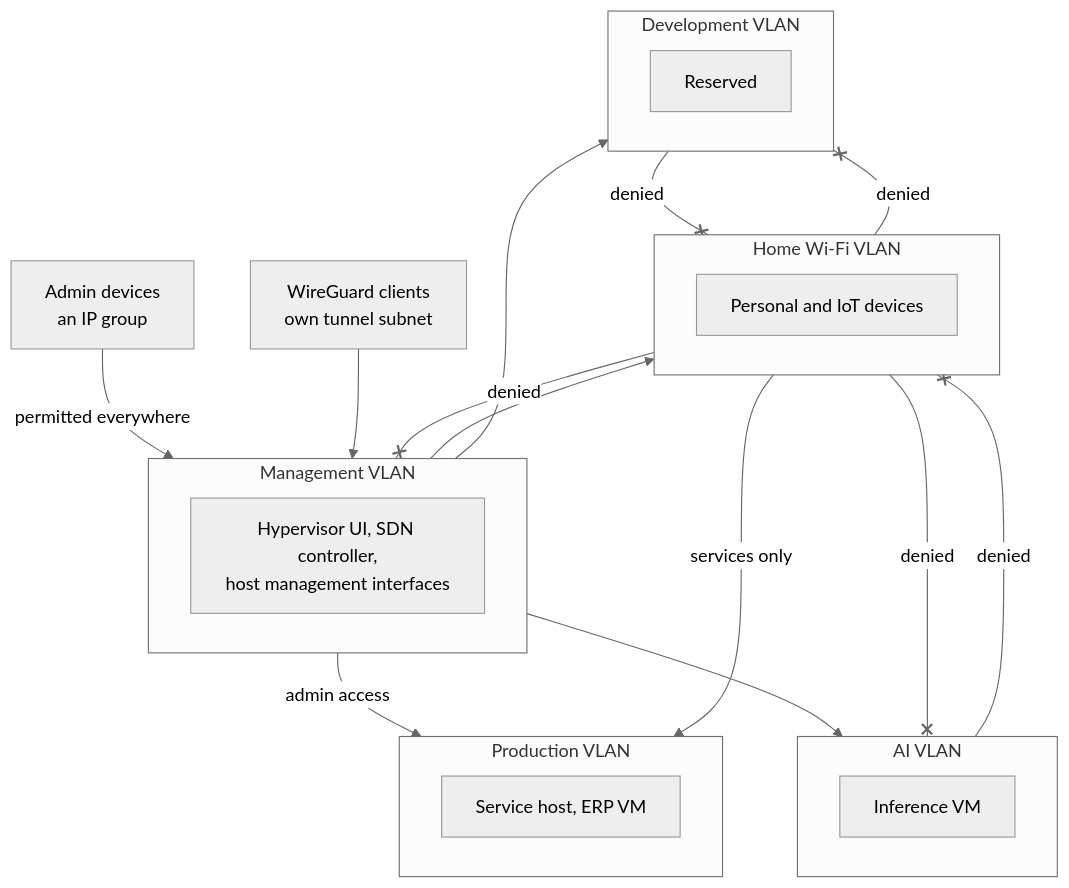
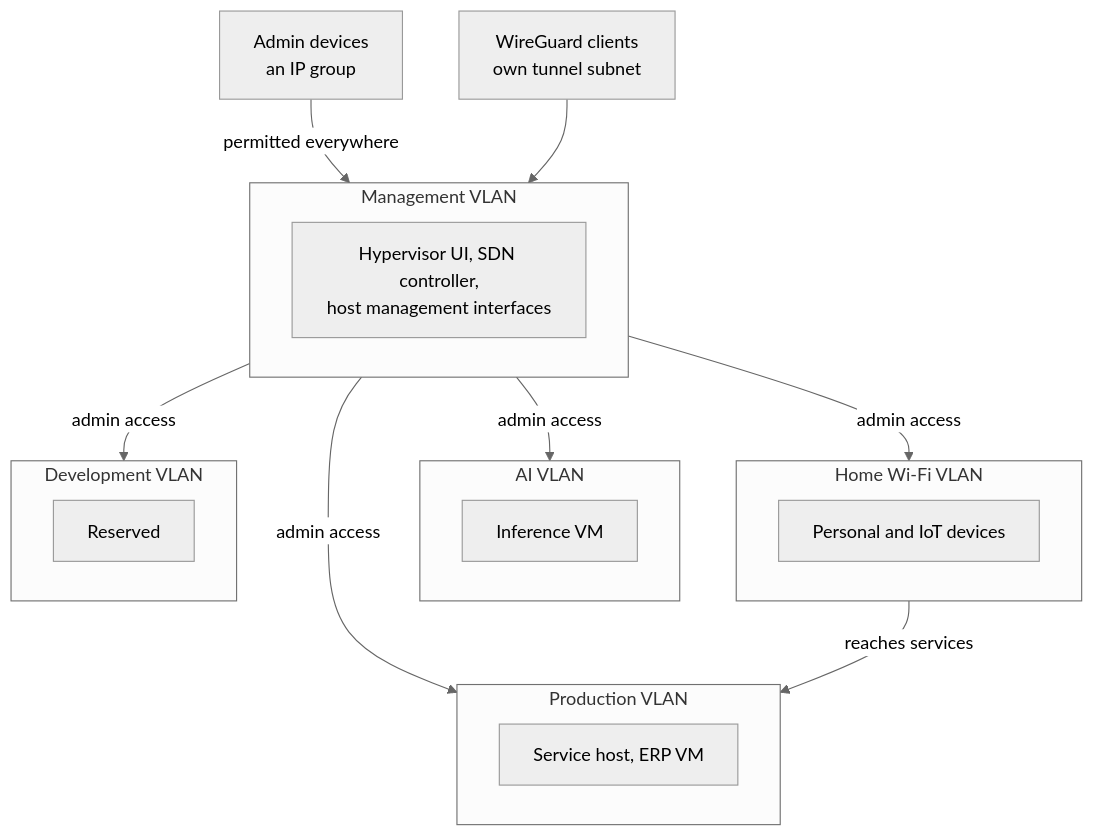
One commit to thejollydev/bezaforge-infrastructure changed the second of 4 diagrams in README.md. Above: the diagram before and after it, drawn with Mermaid (neutral theme). The commit also changed other lines of this file, not shown here.

Commit message:
Show the segmentation's allowed paths in the diagram and its deny-list as a table

````diff
--- a/README.md
+++ b/README.md
@@ -68,34 +68,29 @@
 ```mermaid
 flowchart TB
     remote["WireGuard clients<br/>own tunnel subnet"]
     admins["Admin devices<br/>an IP group"]
 
     subgraph mgmt["Management VLAN"]
         m1["Hypervisor UI, SDN controller,<br/>host management interfaces"]
     end
     subgraph prod["Production VLAN"]
         p1["Service host, ERP VM"]
     end
     subgraph ai["AI VLAN"]
         a1["Inference VM"]
     end
     subgraph home["Home Wi-Fi VLAN"]
         h1["Personal and IoT devices"]
     end
     subgraph dev["Development VLAN"]
         d1["Reserved"]
     end
 
-    mgmt -- "admin access" --> prod
-    mgmt --> ai
-    mgmt --> home
-    mgmt --> dev
     admins -- "permitted everywhere" --> mgmt
     remote --> mgmt
-    home -- "services only" --> prod
-    home --x|denied| mgmt
-    home --x|denied| ai
-    home --x|denied| dev
-    ai --x|denied| home
-    dev --x|denied| home
+    mgmt -- "admin access" --> prod
+    mgmt -- "admin access" --> ai
+    mgmt -- "admin access" --> home
+    mgmt -- "admin access" --> dev
+    home -- "reaches services" --> prod
 ```
````
